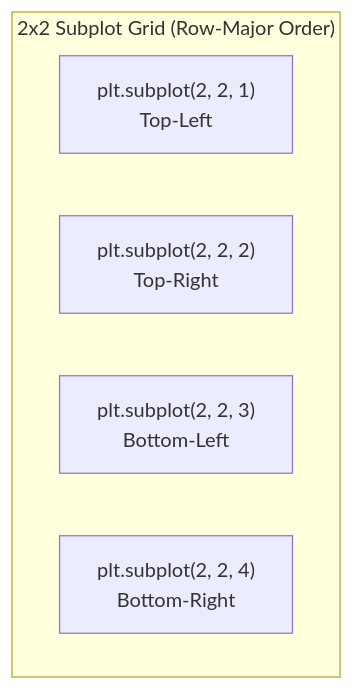
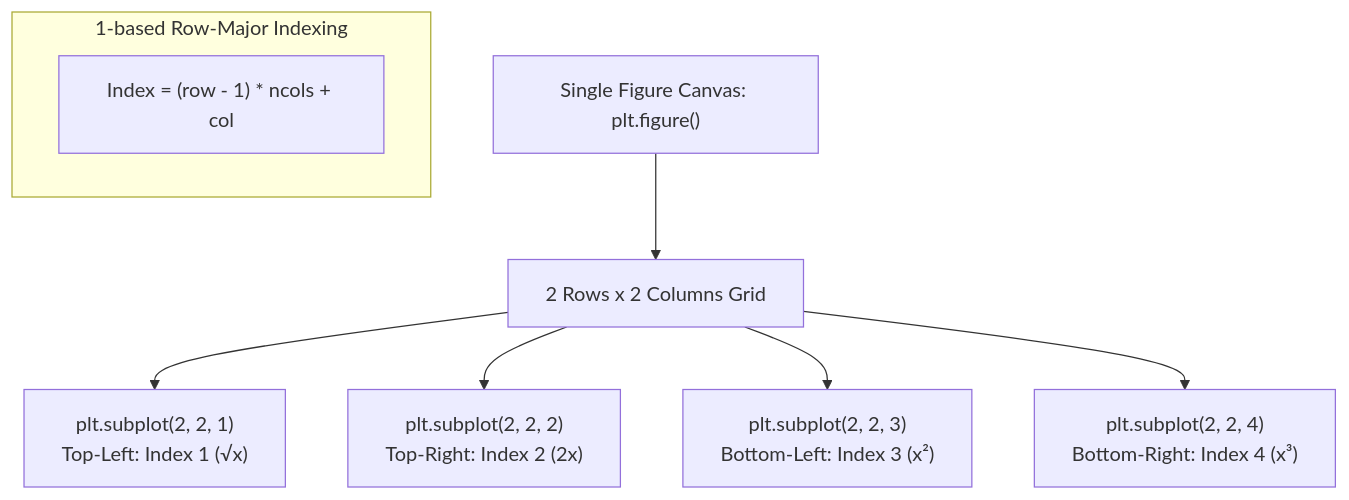
One commit to S1h2i3v4a/AI_ML changed the diagram in lecture_19/Notes_19.07/README.md. Above: the diagram before and after it, drawn with Mermaid. The commit also changed other lines of this file and 203 other files, not shown here.

Commit message:
docs(lectures 19-21): align notes with video lectures, add blackboard diagrams, clean structured functions, and compile vector PDFs

````diff
--- a/lecture_19/Notes_19.07/README.md
+++ b/lecture_19/Notes_19.07/README.md
@@ -25,10 +10,12 @@
 ```mermaid
 flowchart TD
-    subgraph Grid2x2["2x2 Subplot Grid (Row-Major Order)"]
-        direction LR
-        P1["plt.subplot(2, 2, 1)<br/>Top-Left"]
-        P2["plt.subplot(2, 2, 2)<br/>Top-Right"]
-        P3["plt.subplot(2, 2, 3)<br/>Bottom-Left"]
-        P4["plt.subplot(2, 2, 4)<br/>Bottom-Right"]
+    Fig["Single Figure Canvas: plt.figure()"] --> Grid["2 Rows x 2 Columns Grid"]
+    Grid --> P1["plt.subplot(2, 2, 1)<br/>Top-Left: Index 1 (√x)"]
+    Grid --> P2["plt.subplot(2, 2, 2)<br/>Top-Right: Index 2 (2x)"]
+    Grid --> P3["plt.subplot(2, 2, 3)<br/>Bottom-Left: Index 3 (x²)"]
+    Grid --> P4["plt.subplot(2, 2, 4)<br/>Bottom-Right: Index 4 (x³)"]
+    
+    subgraph IndexingRule["1-based Row-Major Indexing"]
+        Rule["Index = (row - 1) * ncols + col"]
     end
 ```
````
